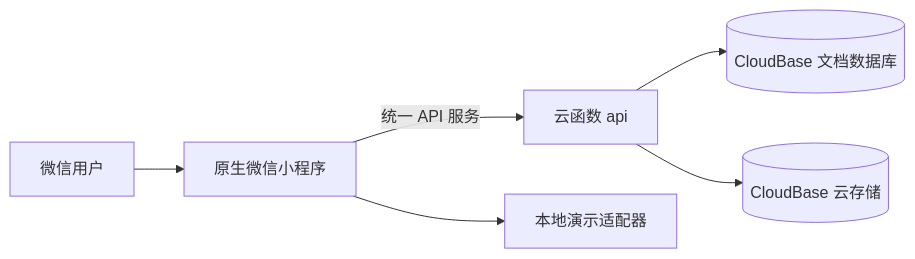
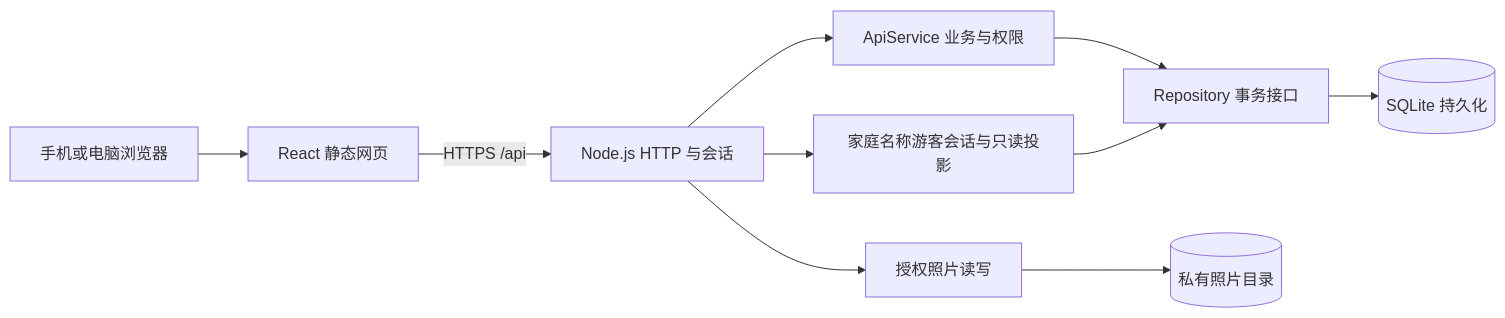
The diagram in docs/architecture.md (jackon-elon/family), drawn with Mermaid before and after one commit. The commit also changed other lines of this file and 359 other files, not shown here.

````diff
--- a/docs/architecture.md
+++ b/docs/architecture.md
@@ -7,8 +7,12 @@
 ```mermaid
 flowchart LR
-  U[微信用户] --> MP[原生微信小程序]
-  MP -->|统一 API 服务| API[云函数 api]
-  API --> DB[(CloudBase 文档数据库)]
-  API --> FS[(CloudBase 云存储)]
-  MP --> MOCK[本地演示适配器]
+  U[手机或电脑浏览器] --> F[React 静态网页]
+  F -->|HTTPS /api| H[Node.js HTTP 与会话]
+  H --> S[ApiService 业务与权限]
+  H --> G[家庭名称游客会话与只读投影]
+  S --> R[Repository 事务接口]
+  G --> R
+  R --> D[(SQLite 持久化)]
+  H --> P[授权照片读写]
+  P --> FS[(私有照片目录)]
 ```
````
